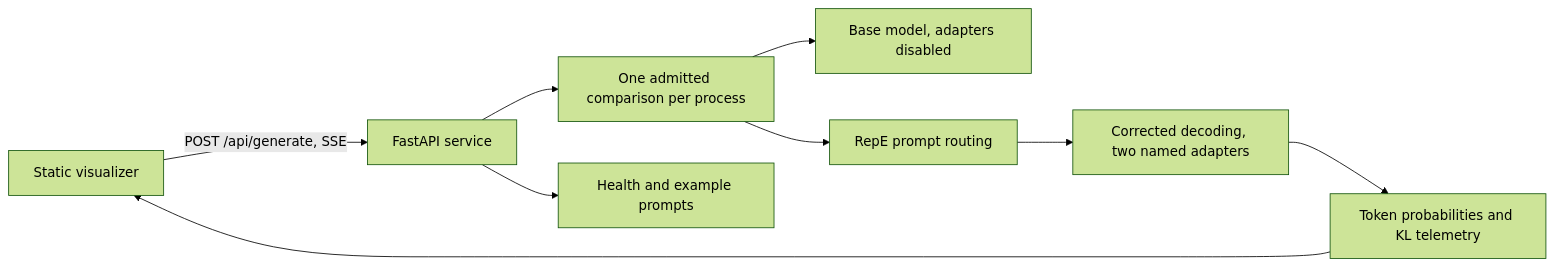
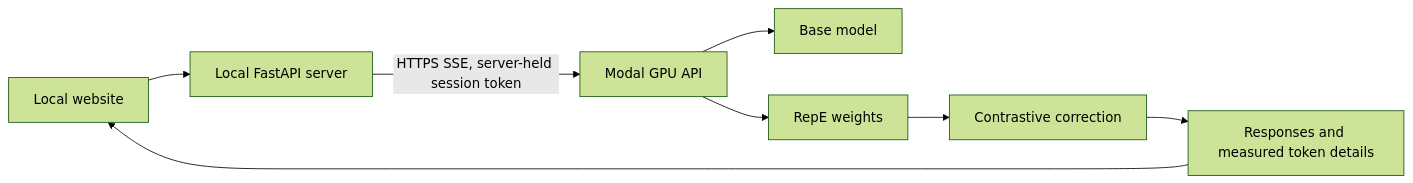
One commit to Prathameshshenoy/multi-unlora changed the diagram in docs/IMPLEMENTATION_PLAN.md. Above: the diagram before and after it, drawn with Mermaid (forest theme). The commit also changed other lines of this file and 2 other files, not shown here.

Commit message:
Document measured engine results and engine-first rollout

````diff
--- a/docs/IMPLEMENTATION_PLAN.md
+++ b/docs/IMPLEMENTATION_PLAN.md
@@ -17,11 +65,10 @@
 ```mermaid
 flowchart LR
-    UI[Static visualizer] -->|POST /api/generate, SSE| API[FastAPI service]
-    API --> Gate[One admitted comparison per process]
-    Gate --> Base[Base model, adapters disabled]
-    Gate --> Router[RepE prompt routing]
-    Router --> Decode[Corrected decoding, two named adapters]
-    Decode --> Trace[Token probabilities and KL telemetry]
-    Trace --> UI
-    API --> Health[Health and example prompts]
+    Browser[Local website] --> Local[Local FastAPI server]
+    Local -->|HTTPS SSE, server-held session token| GPU[Modal GPU API]
+    GPU --> Base[Base model]
+    GPU --> Route[RepE weights]
+    Route --> Correct[Contrastive correction]
+    Correct --> Trace[Responses and measured token details]
+    Trace --> Browser
 ```
````
